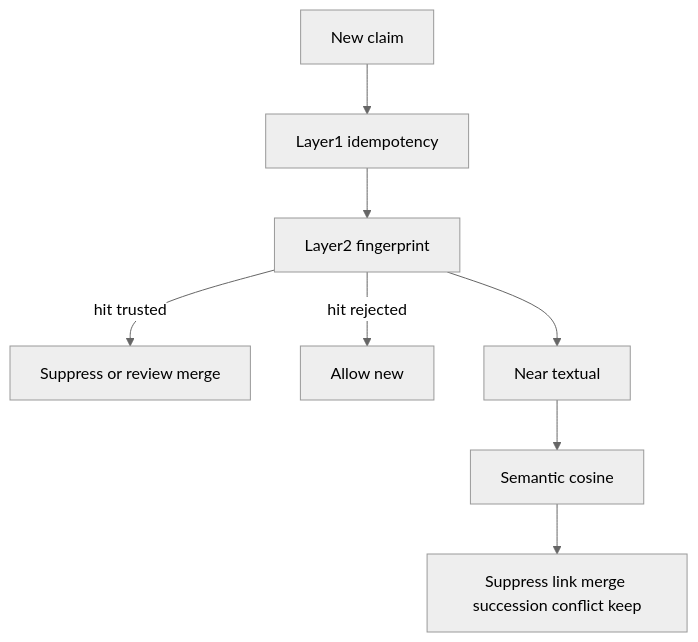
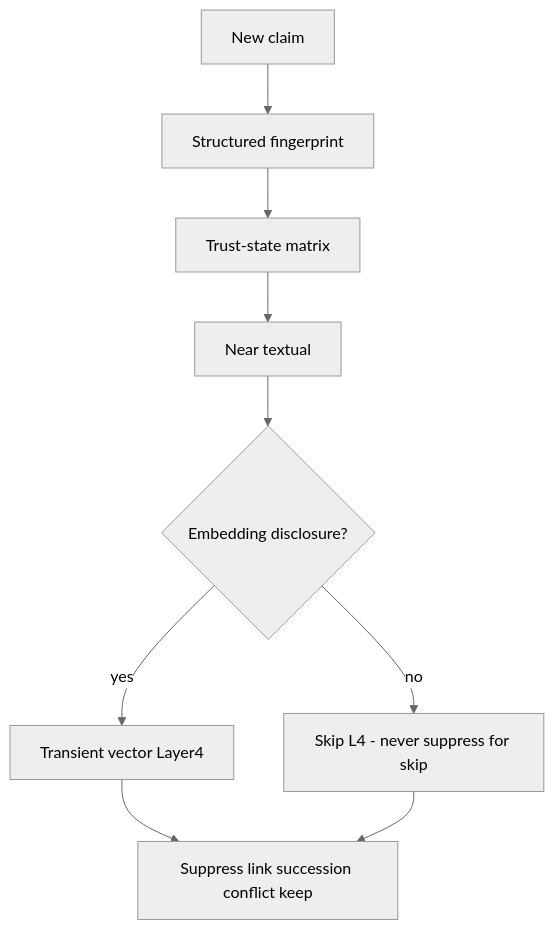
One commit to NicolVii/ContextVault changed the seventh of 12 diagrams in docs/memory-system/10-memory-processing-design.md. Above: the diagram before and after it, drawn with Mermaid (neutral theme). The commit also changed other lines of this file, not shown here.

````diff
--- a/docs/memory-system/10-memory-processing-design.md
+++ b/docs/memory-system/10-memory-processing-design.md
@@ -1615,10 +1236,11 @@
 ```mermaid
 flowchart TD
-  N[New claim] --> L1[Layer1 idempotency]
-  L1 --> L2[Layer2 fingerprint]
-  L2 -->|hit trusted| Sup[Suppress or review merge]
-  L2 -->|hit rejected| Allow[Allow new]
-  L2 --> L3[Near textual]
-  L3 --> L4[Semantic cosine]
-  L4 --> Out[Suppress link merge succession conflict keep]
+  N[New claim] --> L2[Structured fingerprint]
+  L2 --> TM[Trust-state matrix]
+  TM --> L3[Near textual]
+  L3 --> Emb{Embedding disclosure?}
+  Emb -->|yes| L4[Transient vector Layer4]
+  Emb -->|no| Skip[Skip L4 - never suppress for skip]
+  L4 --> Out[Suppress link succession conflict keep]
+  Skip --> Out
 ```
````
